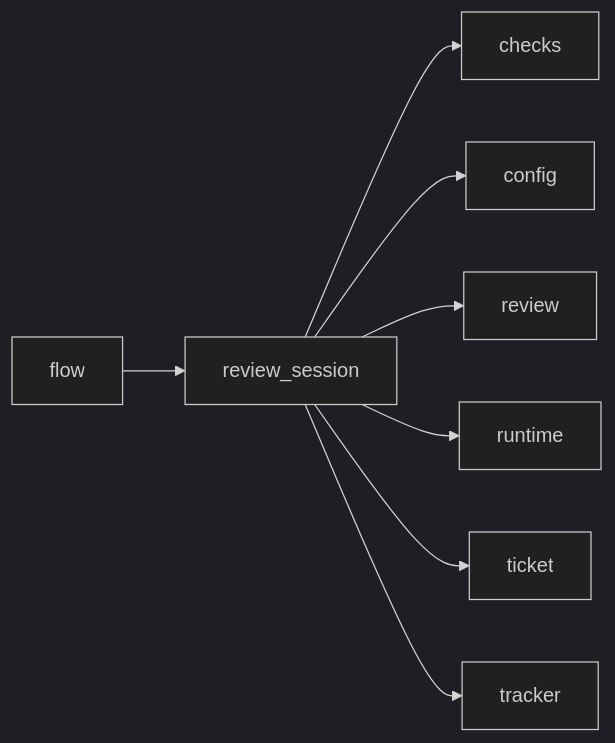
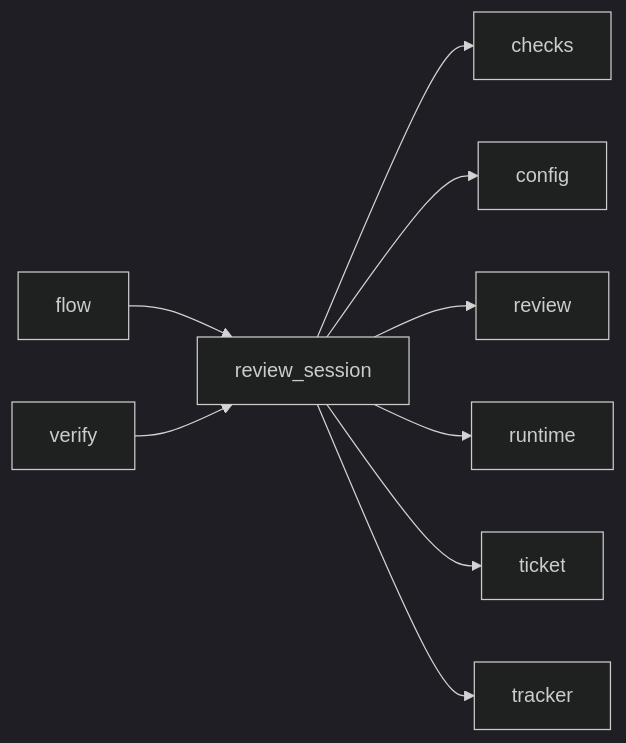
Before and after one commit to plaplanche/ariane: the diagram in docs/architecture/modules/review_session.md, drawn with Mermaid (dark theme). The commit also changed other lines of this file and 25 other files, not shown here.

````diff
--- a/docs/architecture/modules/review_session.md
+++ b/docs/architecture/modules/review_session.md
@@ -17,10 +18,11 @@
 ```mermaid
 flowchart LR
   review_session --> checks
   review_session --> config
   review_session --> review
   review_session --> runtime
   review_session --> ticket
   review_session --> tracker
   flow --> review_session
+  verify --> review_session
 ```
````
